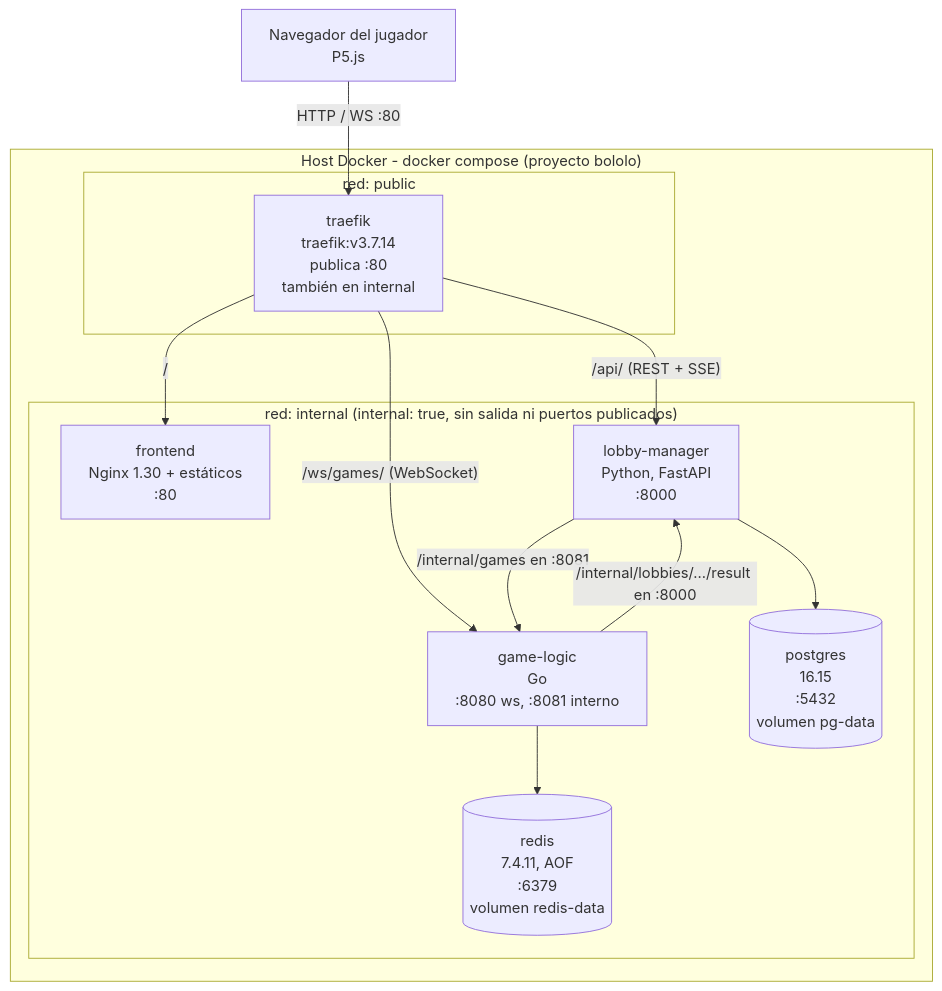
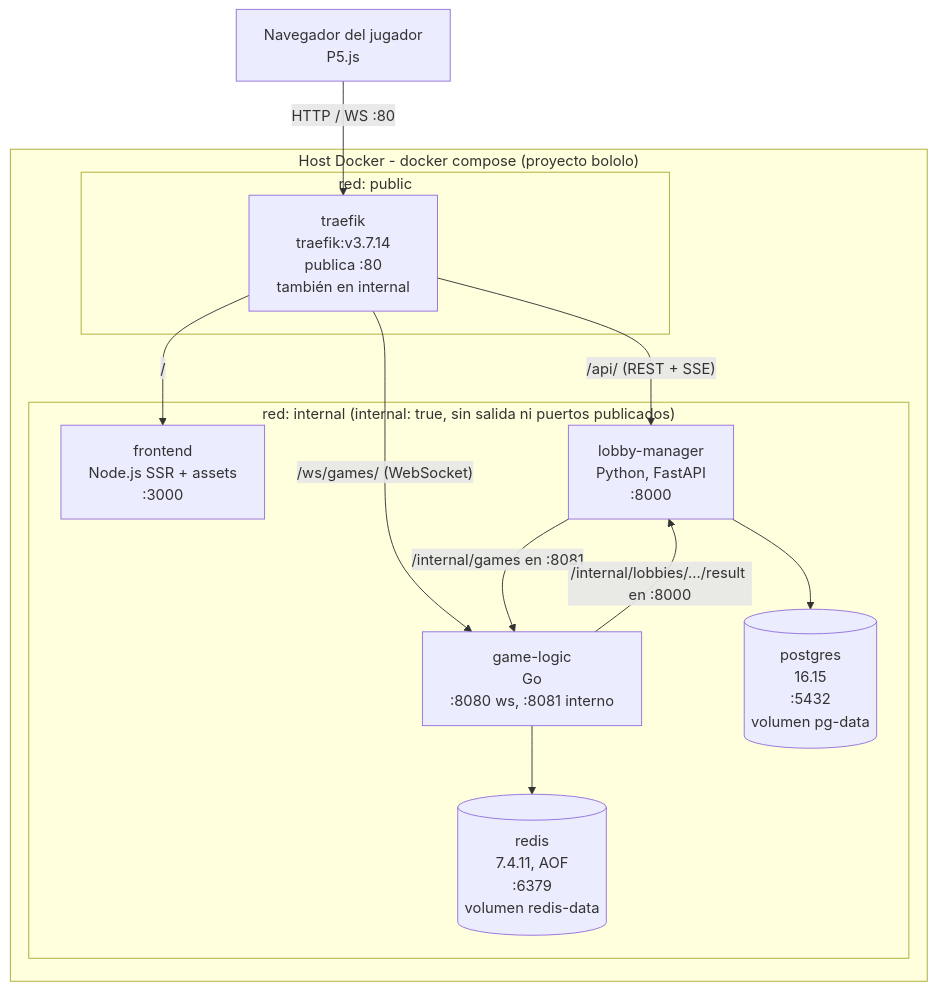
Before and after one commit to soetgdeznsgk/ArchSoft-Group1F: the diagram in docs/deployment.md, drawn with Mermaid. The commit also changed other lines of this file and 23 other files, not shown here.

````diff
--- a/docs/deployment.md
+++ b/docs/deployment.md
@@ -55,26 +55,26 @@
 ```mermaid
 flowchart TB
     U["Navegador del jugador<br/>P5.js"]
 
     subgraph HOST["Host Docker - docker compose (proyecto bololo)"]
         subgraph PUB["red: public"]
             TR["traefik<br/>traefik:v3.7.14<br/>publica :80<br/>también en internal"]
         end
         subgraph INT["red: internal (internal: true, sin salida ni puertos publicados)"]
-            FE["frontend<br/>Nginx 1.30 + estáticos<br/>:80"]
+            FE["frontend<br/>Node.js SSR + assets<br/>:3000"]
             LM["lobby-manager<br/>Python, FastAPI<br/>:8000"]
             GL["game-logic<br/>Go<br/>:8080 ws, :8081 interno"]
             PG[("postgres<br/>16.15<br/>:5432<br/>volumen pg-data")]
             RD[("redis<br/>7.4.11, AOF<br/>:6379<br/>volumen redis-data")]
         end
     end
 
     U -->|"HTTP / WS :80"| TR
     TR -->|"/"| FE
     TR -->|"/api/ (REST + SSE)"| LM
     TR -->|"/ws/games/ (WebSocket)"| GL
     LM -->|"/internal/games en :8081"| GL
     GL -->|"/internal/lobbies/.../result en :8000"| LM
     LM --> PG
     GL --> RD
 ```
````
